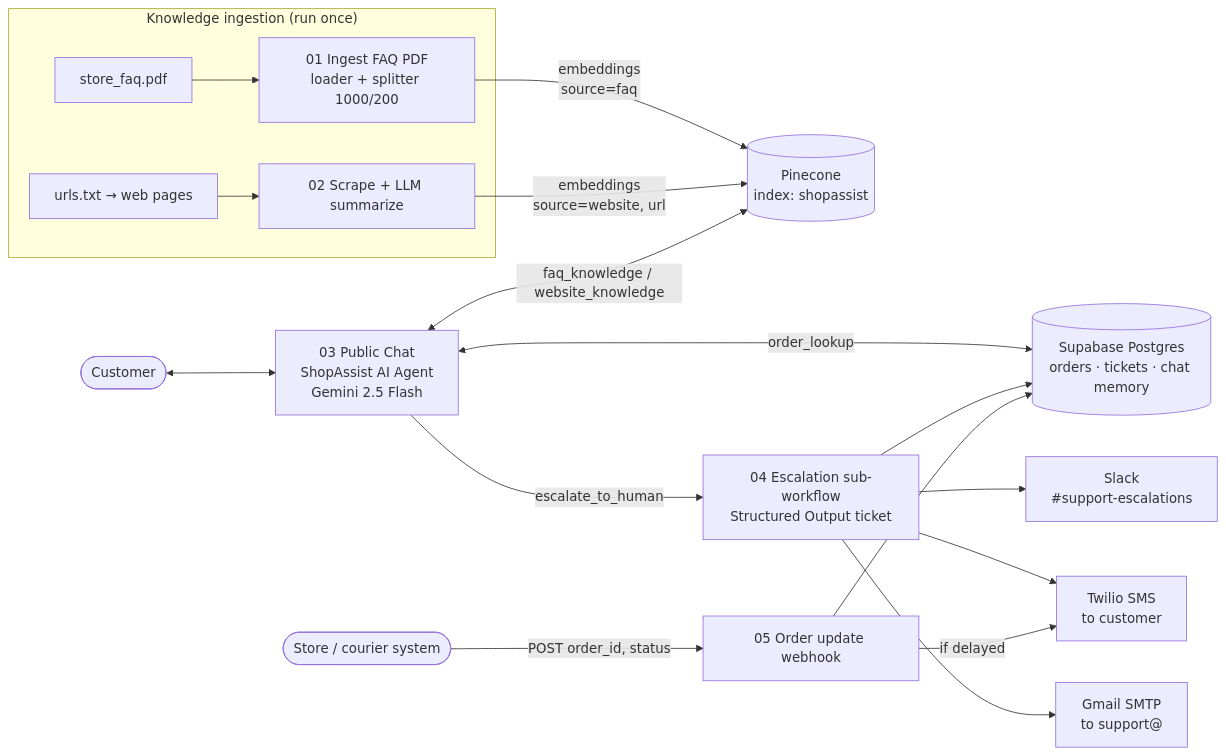
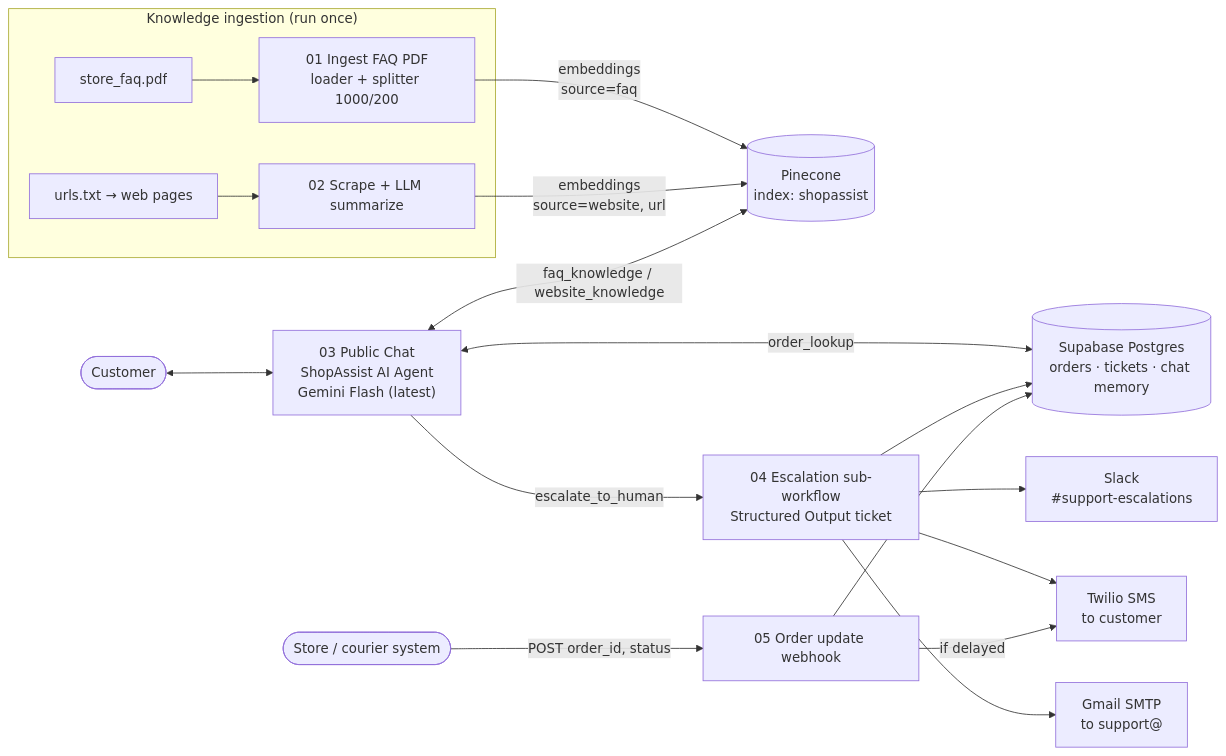
One commit to kritikab01/ShopAssist-AI changed the diagram in README.md. Above: the diagram before and after it, drawn with Mermaid. The commit also changed other lines of this file and 7 other files, not shown here.

First line of the commit message:
Use models/gemini-flash-latest: gemini-2.5-flash is no longer offered to new Gemini API users

````diff
--- a/README.md
+++ b/README.md
@@ -36,22 +36,22 @@
 ```mermaid
 flowchart LR
     subgraph Ingestion["Knowledge ingestion (run once)"]
         PDF["store_faq.pdf"] --> W01["01 Ingest FAQ PDF<br/>loader + splitter 1000/200"]
         URLS["urls.txt → web pages"] --> W02["02 Scrape + LLM summarize"]
     end
     W01 -- "embeddings<br/>source=faq" --> PC[("Pinecone<br/>index: shopassist")]
     W02 -- "embeddings<br/>source=website, url" --> PC
 
-    C(["Customer"]) <--> CHAT["03 Public Chat<br/>ShopAssist AI Agent<br/>Gemini 2.5 Flash"]
+    C(["Customer"]) <--> CHAT["03 Public Chat<br/>ShopAssist AI Agent<br/>Gemini Flash (latest)"]
     CHAT <-->|"faq_knowledge / website_knowledge"| PC
     CHAT <-->|"order_lookup"| PG[("Supabase Postgres<br/>orders · tickets · chat memory")]
     CHAT -->|"escalate_to_human"| W04["04 Escalation sub-workflow<br/>Structured Output ticket"]
     W04 --> PG
     W04 --> SL["Slack<br/>#support-escalations"]
     W04 --> TW["Twilio SMS<br/>to customer"]
     W04 --> EM["Gmail SMTP<br/>to support@"]
 
     SYS(["Store / courier system"]) -->|"POST order_id, status"| W05["05 Order update webhook"]
     W05 --> PG
     W05 -->|"if delayed"| TW
 ```
````
